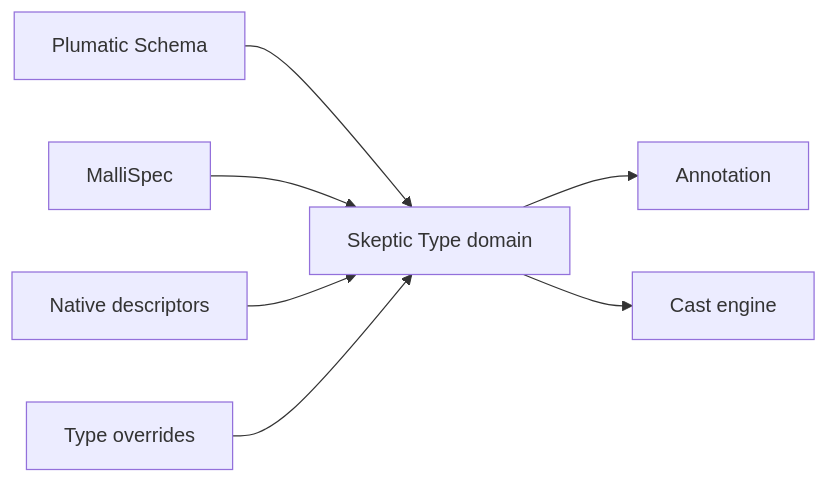
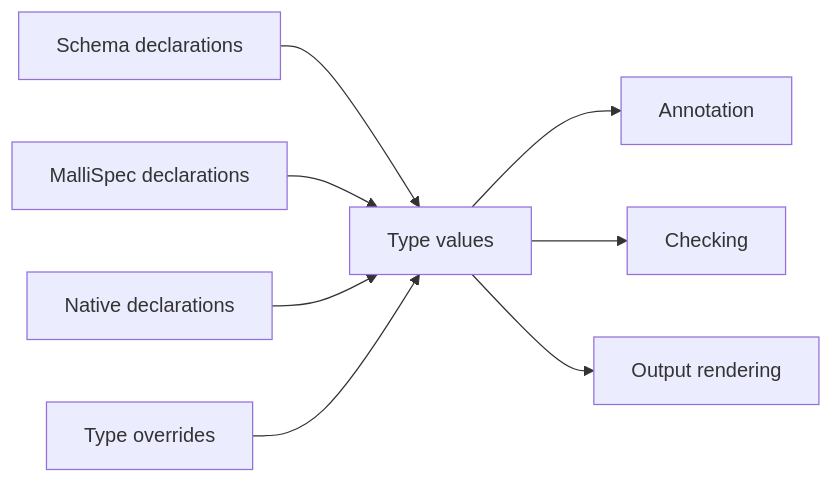
Before and after one commit to nomicflux/skeptic: the diagram in skeptic/docs/walkthrough/02-three-domains.md, drawn with Mermaid. The commit also changed other lines of this file and 12 other files, not shown here.

````diff
--- a/skeptic/docs/walkthrough/02-three-domains.md
+++ b/skeptic/docs/walkthrough/02-three-domains.md
@@ -45,9 +78,10 @@
 ```mermaid
 flowchart LR
-  schema[Plumatic Schema] --> type[Skeptic Type domain]
-  malli[MalliSpec] --> type
-  native[Native descriptors] --> type
-  override[Type overrides] --> type
-  type --> annotate[Annotation]
-  type --> cast[Cast engine]
+  schema[Schema declarations] --> type[Type values]
+  malli[MalliSpec declarations] --> type
+  native[Native declarations] --> type
+  overrides[Type overrides] --> type
+  type --> annotation[Annotation]
+  type --> checking[Checking]
+  type --> output[Output rendering]
 ```
````
